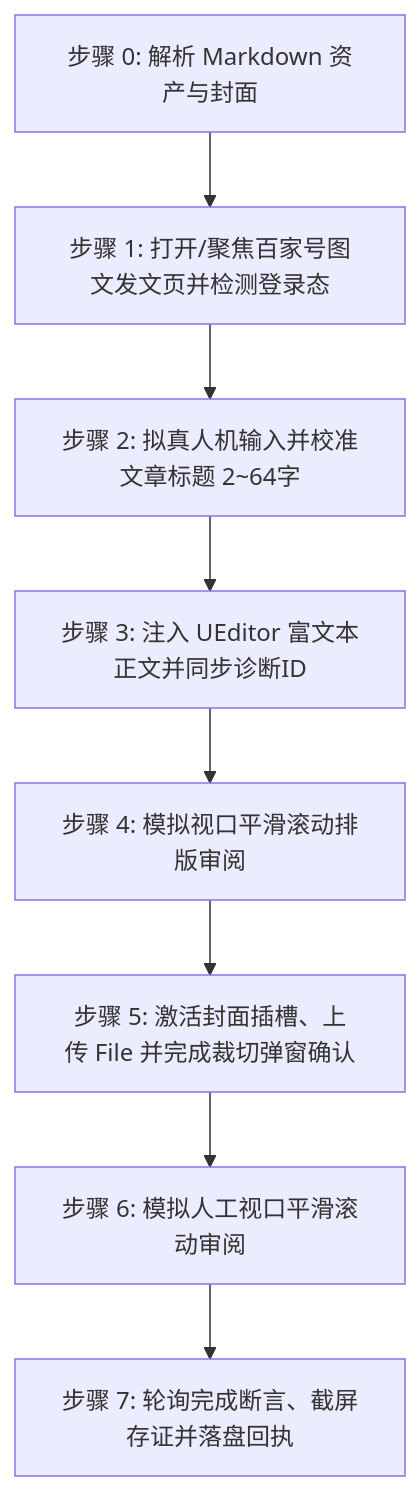
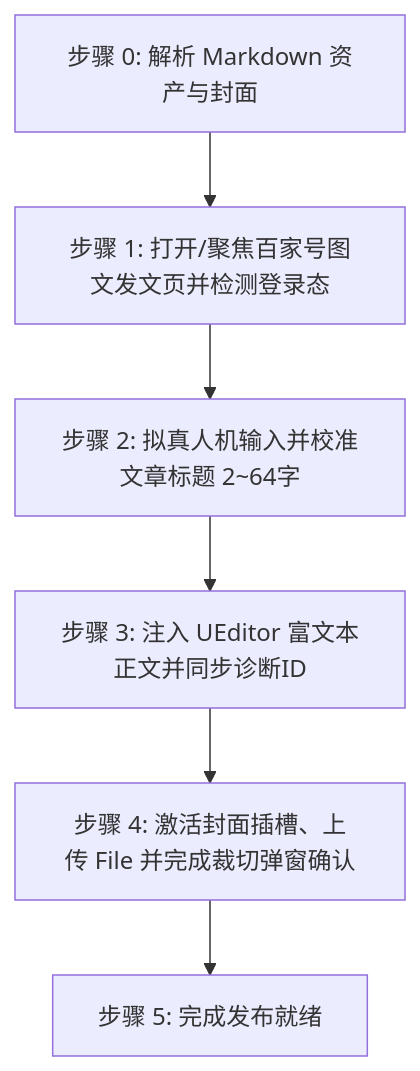
The diagram in skills/doudou-baijia/SKILL.md (undsky/doudou-publish-skills), drawn with Mermaid before and after one commit. The commit also changed other lines of this file and 57 other files, not shown here.

````diff
--- a/skills/doudou-baijia/SKILL.md
+++ b/skills/doudou-baijia/SKILL.md
@@ -130,10 +12,8 @@
 ```mermaid
 flowchart TD
     S0[步骤 0: 解析 Markdown 资产与封面] --> S1[步骤 1: 打开/聚焦百家号图文发文页并检测登录态]
     S1 --> S2[步骤 2: 拟真人机输入并校准文章标题 2~64字]
     S2 --> S3[步骤 3: 注入 UEditor 富文本正文并同步诊断ID]
-    S3 --> S4[步骤 4: 模拟视口平滑滚动排版审阅]
-    S4 --> S5[步骤 5: 激活封面插槽、上传 File 并完成裁切弹窗确认]
-    S5 --> S6[步骤 6: 模拟人工视口平滑滚动审阅]
-    S6 --> S7[步骤 7: 轮询完成断言、截屏存证并落盘回执]
+    S3 --> S4[步骤 4: 激活封面插槽、上传 File 并完成裁切弹窗确认]
+    S4 --> S5[步骤 5: 完成发布就绪]
 ```
````
